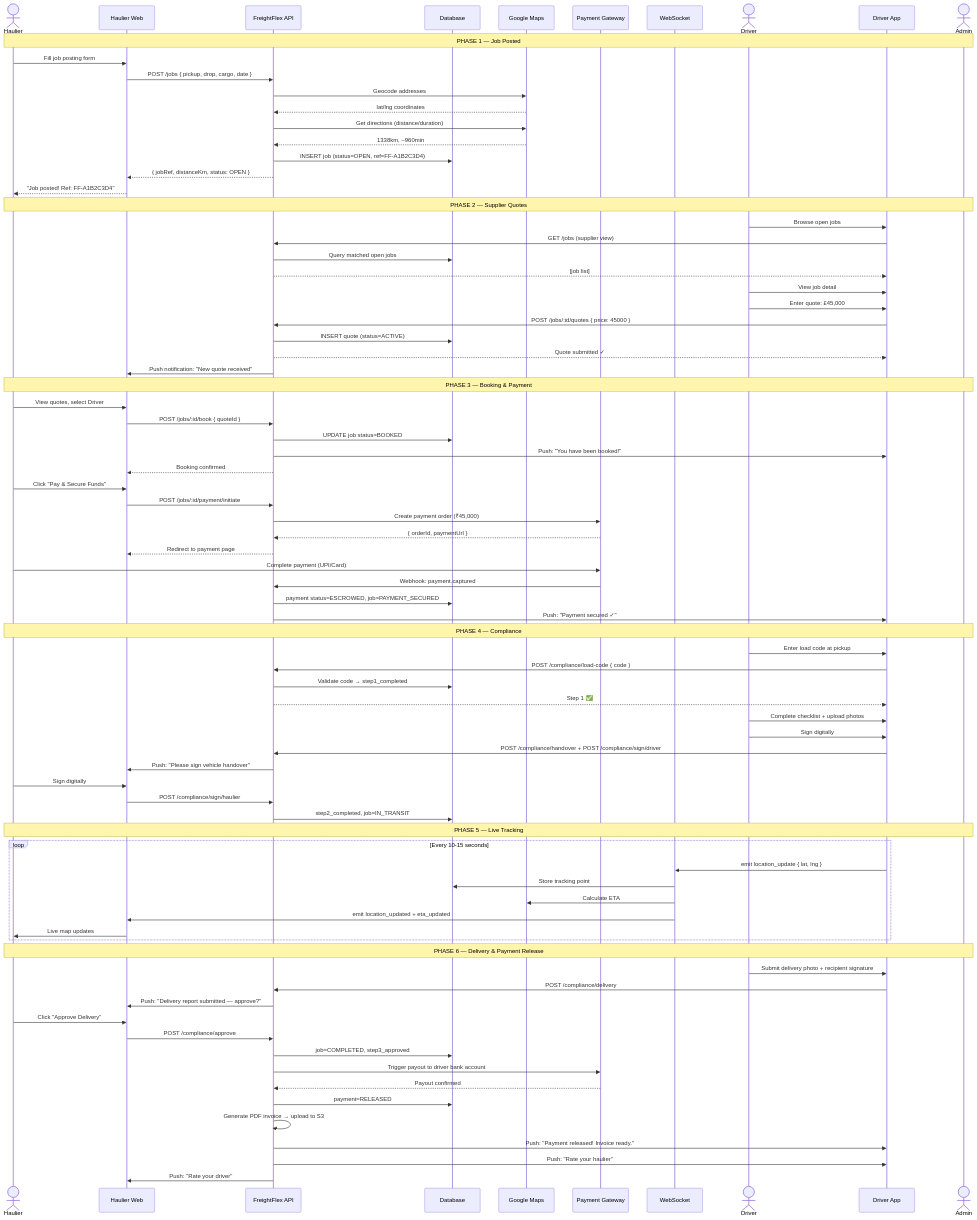
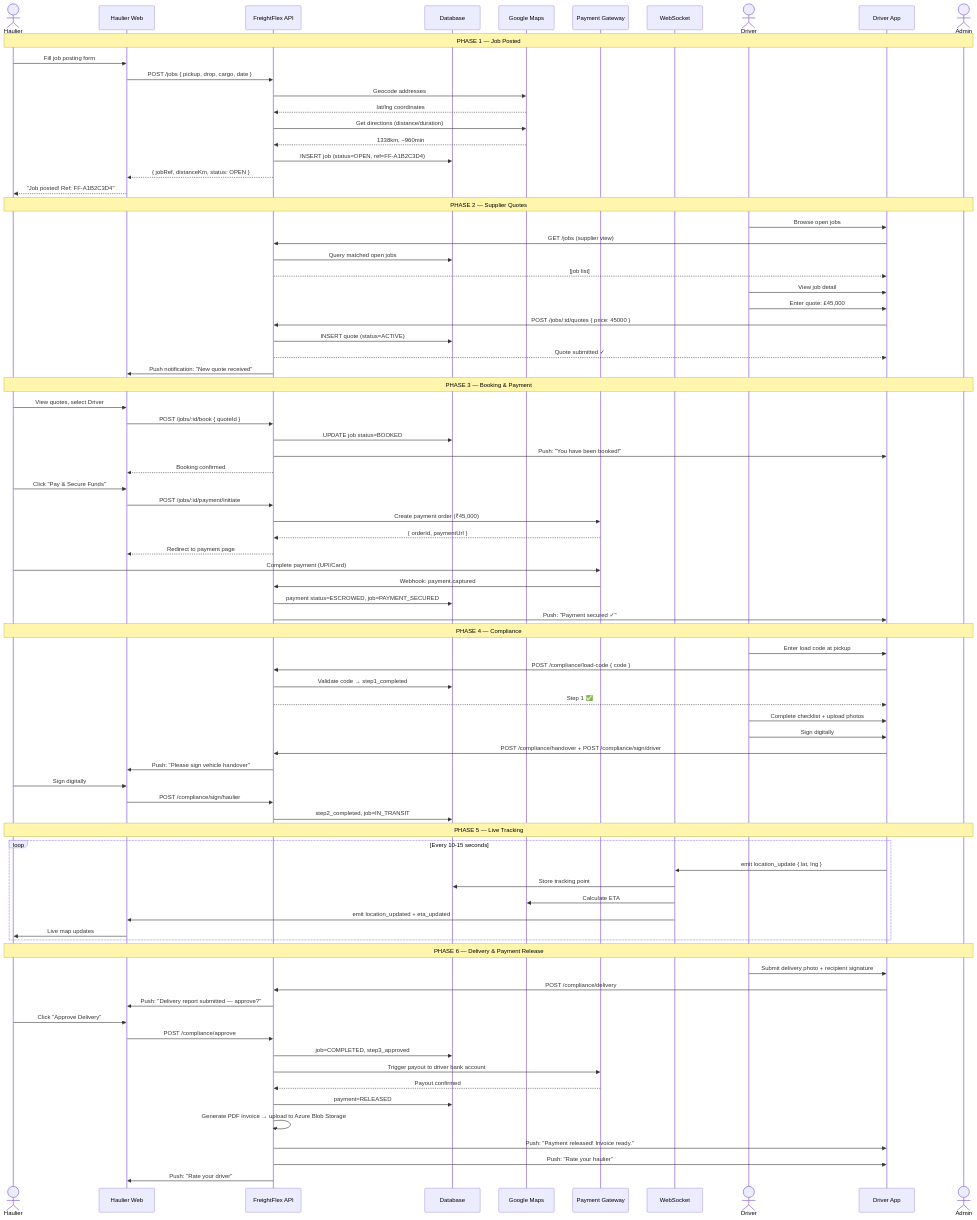
Before and after one commit to etsqr/flexishift: the first of 3 diagrams in docs/diagrams/10-end-to-end-sequence.md, drawn with Mermaid. The commit also changed 18 other files, not shown here.

```diff
--- a/docs/diagrams/10-end-to-end-sequence.md
+++ b/docs/diagrams/10-end-to-end-sequence.md
@@ -93,7 +93,7 @@
     API->>GW: Trigger payout to driver bank account
     GW-->>API: Payout confirmed
     API->>DB: payment=RELEASED
-    API->>API: Generate PDF invoice → upload to S3
+    API->>API: Generate PDF invoice → upload to Azure Blob Storage
     API->>DApp: Push: "Payment released! Invoice ready."
     API->>DApp: Push: "Rate your haulier"
     API->>HWeb: Push: "Rate your driver"
```
